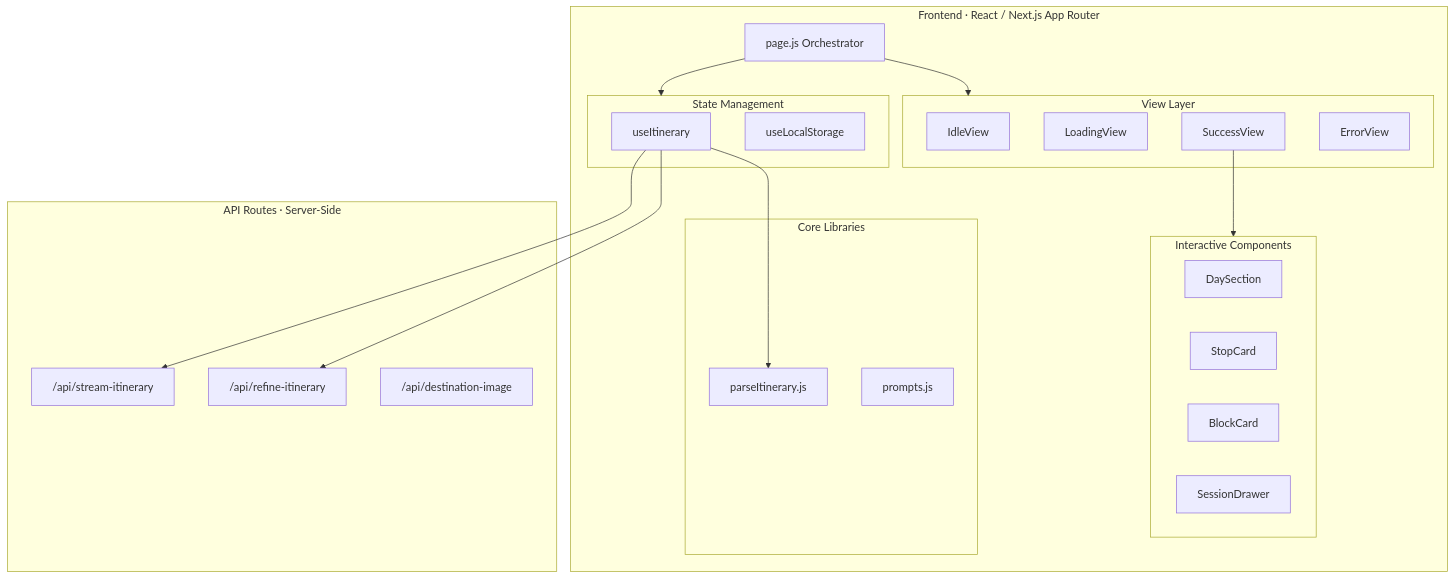
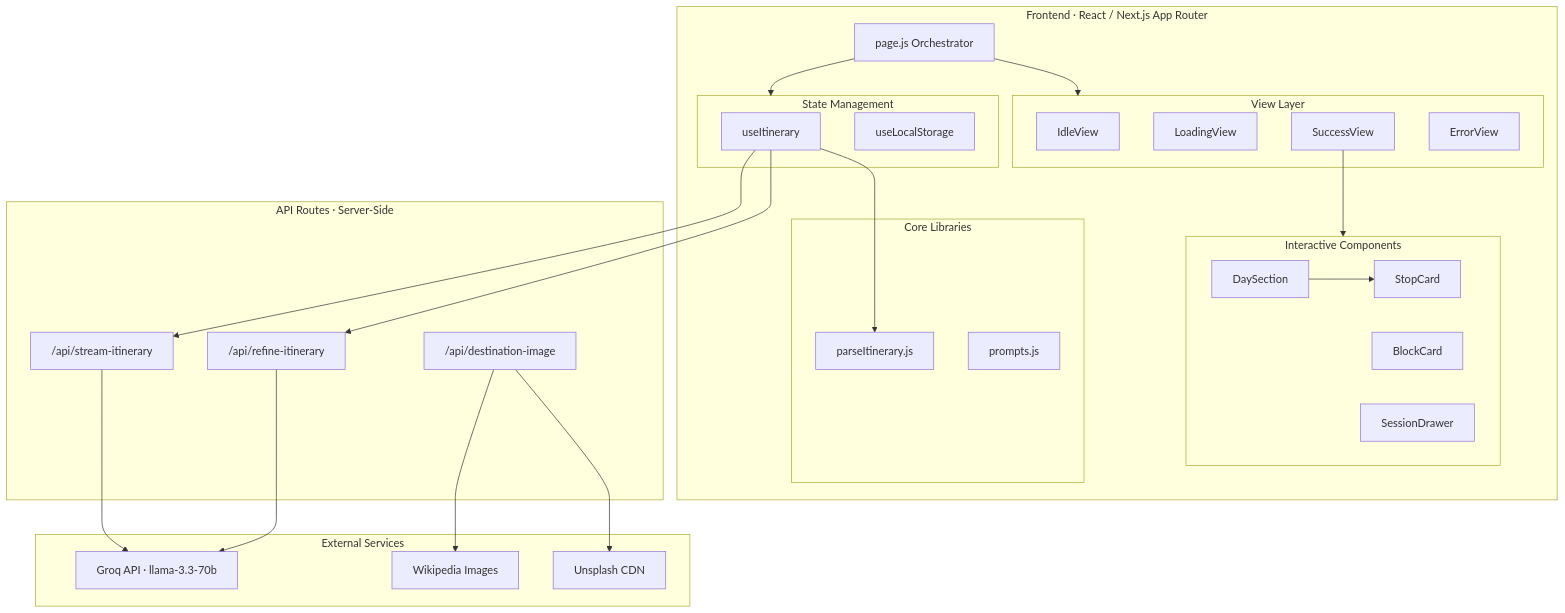
Before and after one commit to shreedharkb/AtlasAI: the diagram in README.md, drawn with Mermaid. The commit also changed other lines of this file, not shown here.

Commit message:
docs: update README with comprehensive project documentation, architecture overview, and technical deep dive

````diff
--- a/README.md
+++ b/README.md
@@ -79,43 +62,54 @@
 ```mermaid
 graph TB
     subgraph Client["Frontend · React / Next.js App Router"]
         Page["page.js Orchestrator"]
         
         subgraph Views["View Layer"]
             IV["IdleView"]
             LV["LoadingView"]
             SV["SuccessView"]
             EV["ErrorView"]
         end
 
         subgraph Components["Interactive Components"]
             DS["DaySection"]
             SC["StopCard"]
             BC["BlockCard"]
             SD["SessionDrawer"]
         end
 
         subgraph Hooks["State Management"]
             UIT["useItinerary"]
             ULS["useLocalStorage"]
         end
 
         subgraph Lib["Core Libraries"]
             PI["parseItinerary.js"]
             PR["prompts.js"]
         end
     end
 
     subgraph Server["API Routes · Server-Side"]
         SI["/api/stream-itinerary"]
         RI["/api/refine-itinerary"]
         DI["/api/destination-image"]
     end
 
+    subgraph Ext["External Services"]
+        Groq["Groq API · llama-3.3-70b"]
+        Wiki["Wikipedia Images"]
+        Unsp["Unsplash CDN"]
+    end
+
     Page --> Views
     Page --> Hooks
     SV --> Components
     UIT --> SI
     UIT --> RI
     UIT --> PI
+    SI --> Groq
+    RI --> Groq
+    DI --> Wiki
+    DI --> Unsp
+    DS --> SC
 ```
````
